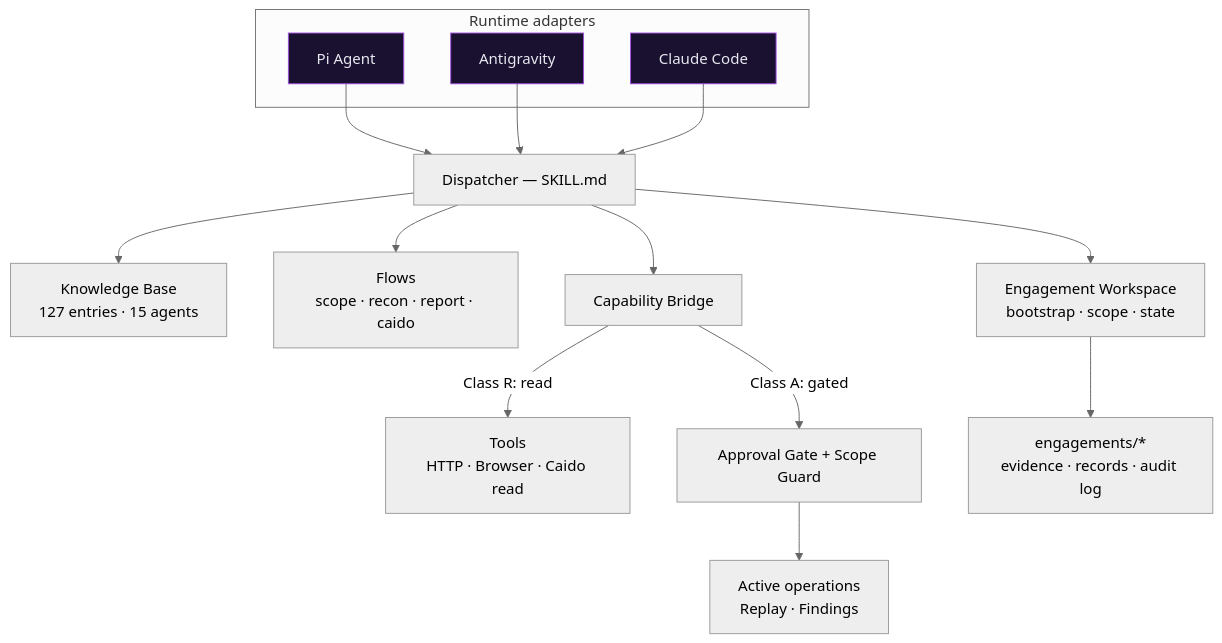
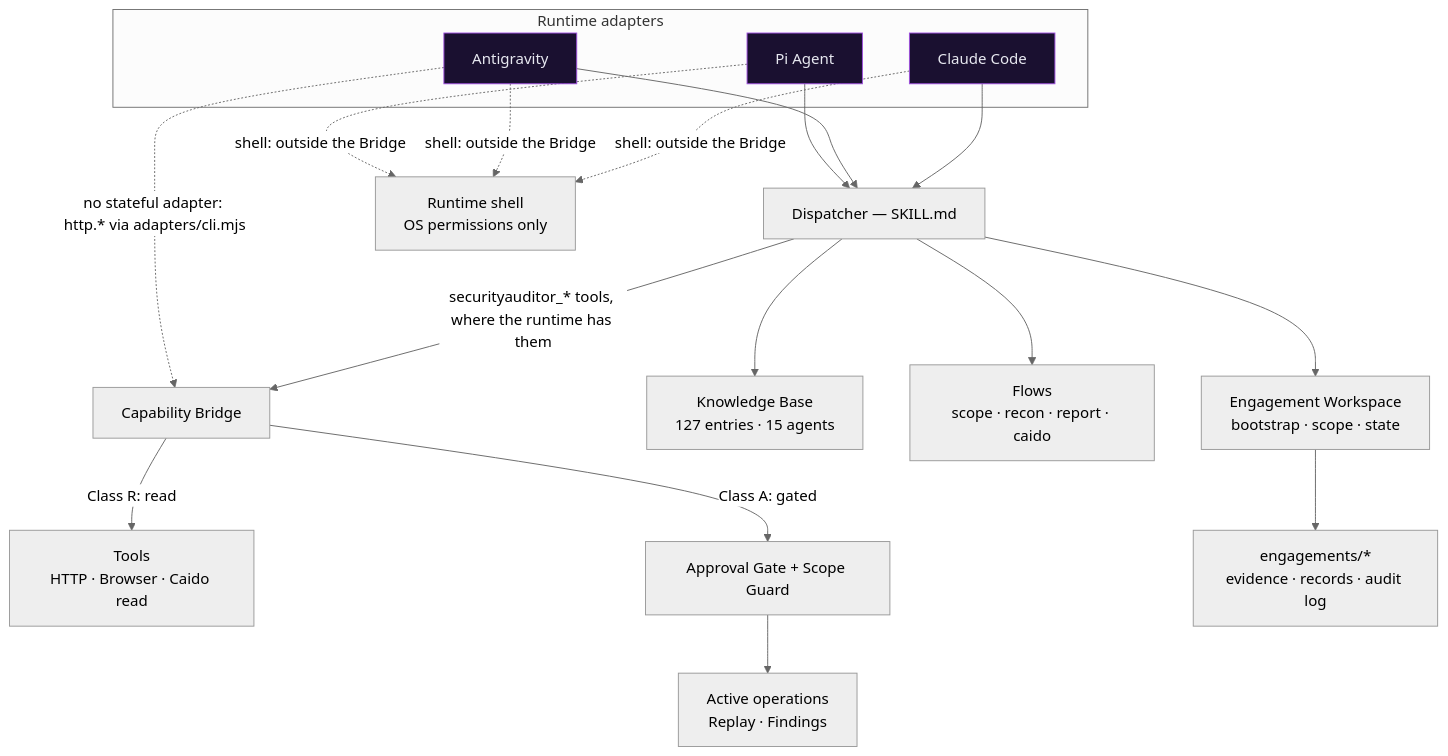
The first of 3 diagrams in README.md (Pettigrul/SYNAPSE), drawn with Mermaid (neutral theme) before and after one commit. The commit also changed other lines of this file and 61 other files, not shown here.

````diff
--- a/README.md
+++ b/README.md
@@ -144,18 +145,20 @@
 ```mermaid
 flowchart TB
   subgraph RT["Runtime adapters"]
     PI["Pi Agent"]:::rt
     AG["Antigravity"]:::rt
     CC["Claude Code"]:::rt
   end
   PI & AG & CC --> DISP["Dispatcher — SKILL.md"]
+  PI & AG & CC -.->|shell: outside the Bridge| SHELL["Runtime shell<br/>OS permissions only"]
+  AG -.->|no stateful adapter: http.* via adapters/cli.mjs| BR
   DISP --> KB["Knowledge Base<br/>127 entries · 15 agents"]
   DISP --> FLOWS["Flows<br/>scope · recon · report · caido"]
   DISP --> WS["Engagement Workspace<br/>bootstrap · scope · state"]
-  DISP --> BR["Capability Bridge"]
+  DISP -->|securityauditor_* tools, where the runtime has them| BR["Capability Bridge"]
   BR -->|Class R: read| TOOLS["Tools<br/>HTTP · Browser · Caido read"]
   BR -->|Class A: gated| GATE["Approval Gate + Scope Guard"]
   GATE --> ACTIVE["Active operations<br/>Replay · Findings"]
   WS --> STATE["engagements/*<br/>evidence · records · audit log"]
   classDef rt fill:#1a1030,stroke:#9D4EDD,color:#E7E8F0;
 ```
````
